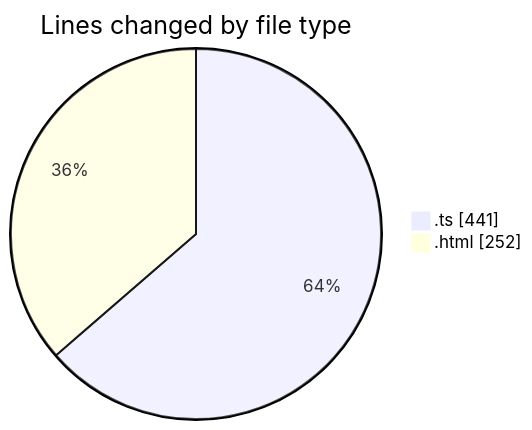
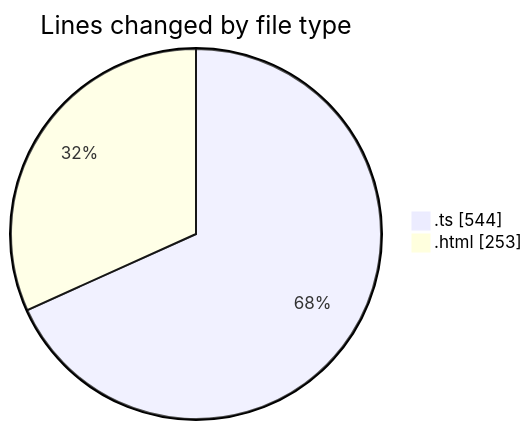
Before and after one commit to igalym/code-tracking: the first of 2 diagrams in 2026-03-05/finance_front/README.md, drawn with Mermaid. The commit also changed other lines of this file and 1 other file, not shown here.

````diff
--- a/2026-03-05/finance_front/README.md
+++ b/2026-03-05/finance_front/README.md
@@ -21,6 +22,6 @@
 ```mermaid
 pie showData
 title Lines changed by file type
-".ts" : 441
-".html" : 252
+".ts" : 544
+".html" : 253
 ```
````
